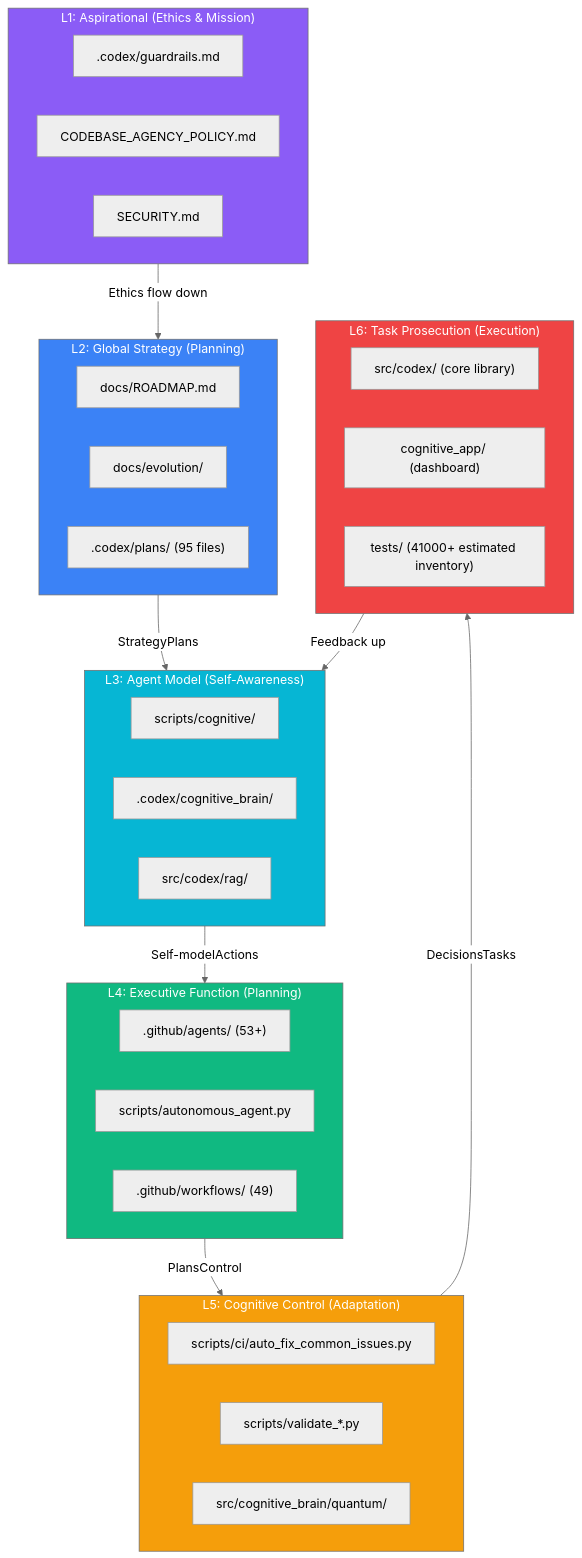
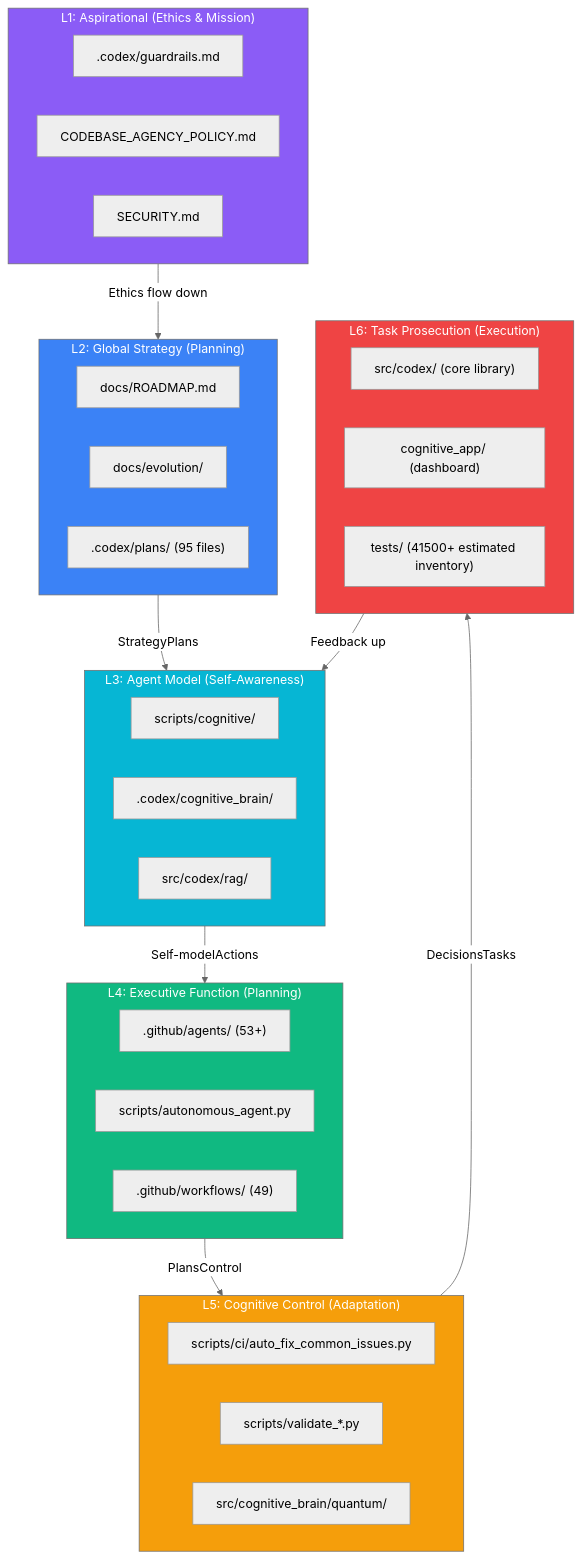
One commit to Aries-Serpent/_codex_ changed the diagram in docs/evolution/COGNITIVE_CODEBASE_MAP.md. Above: the diagram before and after it, drawn with Mermaid (neutral theme). The commit also changed other lines of this file and 18 other files, not shown here.

````diff
--- a/docs/evolution/COGNITIVE_CODEBASE_MAP.md
+++ b/docs/evolution/COGNITIVE_CODEBASE_MAP.md
@@ -14,59 +14,59 @@
 ```mermaid
 %%{init: {'accessibility': {'title': 'Flowchart showing "L1: Aspirational (Ethics & Mission)", ".codex/guardrails.md"'}}%%
 
 graph TD
  subgraph L1["L1: Aspirational (Ethics & Mission)"]
  E1[".codex/guardrails.md"]
  E2["CODEBASE_AGENCY_POLICY.md"]
  E3["SECURITY.md"]
  end
 
  subgraph L2["L2: Global Strategy (Planning)"]
  S1["docs/ROADMAP.md"]
  S2["docs/evolution/"]
  S3[".codex/plans/ (95 files)"]
  end
 
  subgraph L3["L3: Agent Model (Self-Awareness)"]
  M1["scripts/cognitive/"]
  M2[".codex/cognitive_brain/"]
  M3["src/codex/rag/"]
  end
 
  subgraph L4["L4: Executive Function (Planning)"]
  X1[".github/agents/ (53+)"]
  X2["scripts/autonomous_agent.py"]
  X3[".github/workflows/ (49)"]
  end
 
  subgraph L5["L5: Cognitive Control (Adaptation)"]
  C1["scripts/ci/auto_fix_common_issues.py"]
  C2["scripts/validate_*.py"]
  C3["src/cognitive_brain/quantum/"]
  end
 
  subgraph L6["L6: Task Prosecution (Execution)"]
  T1["src/codex/ (core library)"]
  T2["cognitive_app/ (dashboard)"]
- T3["tests/ (41000+ estimated inventory)"]
+ T3["tests/ (41500+ estimated inventory)"]
  end
 
  L1 -->|"Ethics flow down"| L2
 
  L2 -->|"StrategyPlans"| L3
 
  L3 -->|"Self-modelActions"| L4
 
  L4 -->|"PlansControl"| L5
 
  L5 -->|"DecisionsTasks"| L6
 
  L6 -->|"Feedback up"| L3
 
  style L1 fill:#8b5cf6,color:#fff
  style L2 fill:#3b82f6,color:#fff
  style L3 fill:#06b6d4,color:#fff
  style L4 fill:#10b981,color:#fff
  style L5 fill:#f59e0b,color:#fff
  style L6 fill:#ef4444,color:#fff
 ```
````
